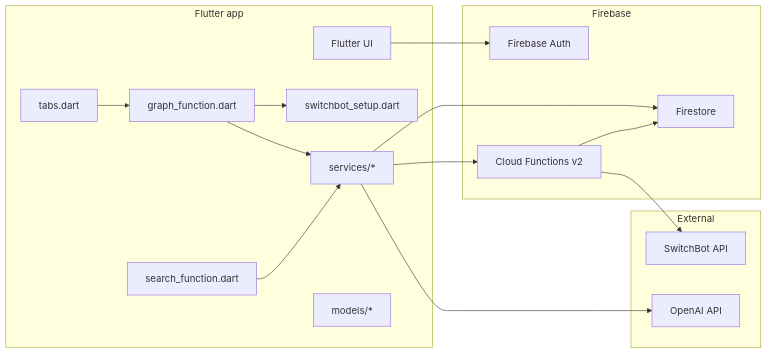
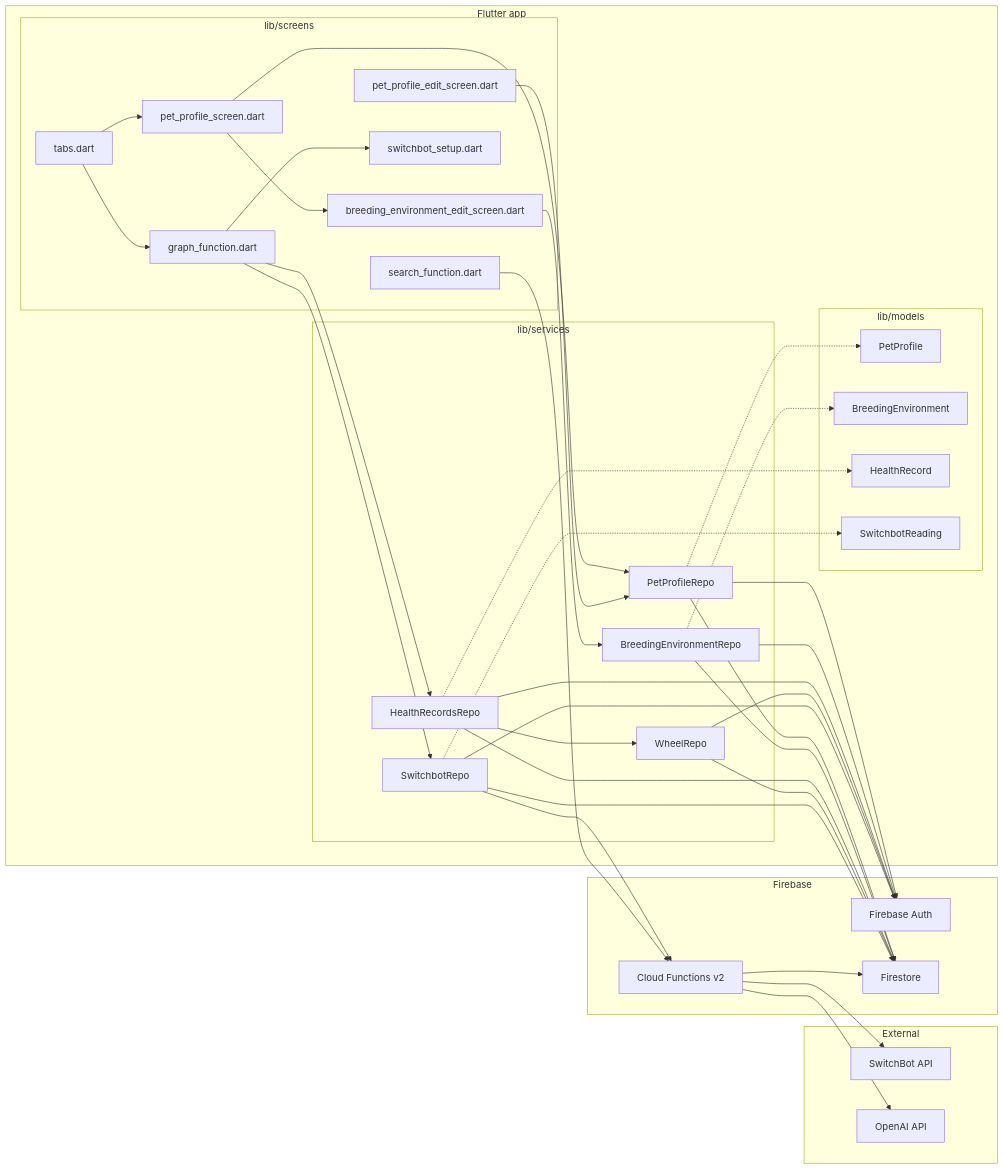
The first of 2 diagrams in docs/architecture.md (gotainu/hamster-application), drawn with Mermaid before and after one commit. The commit also changed other lines of this file and 8 other files, not shown here.

````diff
--- a/docs/architecture.md
+++ b/docs/architecture.md
@@ -29,35 +29,82 @@
 ```mermaid
 flowchart LR
-  subgraph Flutter[Flutter app]
-    App[Flutter UI]
-    Tabs[tabs.dart]
-    Graph[graph_function.dart]
-    SwitchSetup[switchbot_setup.dart]
-    RAG[search_function.dart]
-    Svc[services/*]
-    Model[models/*]
+  %% ===== Flutter =====
+  subgraph App[Flutter app]
+    subgraph Screens[lib/screens]
+      Tabs[tabs.dart]
+      PetScreen[pet_profile_screen.dart]
+      PetEdit[pet_profile_edit_screen.dart]
+      BreedEdit[breeding_environment_edit_screen.dart]
+      Graph[graph_function.dart]
+      SwitchSetup[switchbot_setup.dart]
+      Search[search_function.dart]
+    end
+
+    subgraph Services[lib/services]
+      PetRepo[PetProfileRepo]
+      BreedRepo[BreedingEnvironmentRepo]
+      HealthRepo[HealthRecordsRepo]
+      WheelRepo[WheelRepo]
+      SBRepo[SwitchbotRepo]
+    end
+
+    subgraph Models[lib/models]
+      PetModel[PetProfile]
+      BreedModel[BreedingEnvironment]
+      HealthModel[HealthRecord]
+      SBModel[SwitchbotReading]
+    end
   end
 
+  %% ===== Firebase / External =====
   subgraph Firebase[Firebase]
     Auth[Firebase Auth]
     FS[Firestore]
     CF[Cloud Functions v2]
   end
 
   subgraph External[External]
     SB[SwitchBot API]
     OAI[OpenAI API]
   end
 
+  %% ===== Screen -> Repo =====
+  Tabs --> PetScreen
   Tabs --> Graph
+
+  PetScreen --> PetRepo
+  PetScreen --> BreedEdit
+  PetEdit --> PetRepo
+  BreedEdit --> BreedRepo
+
+  Graph --> HealthRepo
+  HealthRepo --> WheelRepo
+  Graph --> SBRepo
   Graph --> SwitchSetup
-  Graph --> Svc
-  RAG --> Svc
-  App --> Auth
 
-  Svc --> FS
-  Svc --> CF
+  Search --> CF
+
+  %% ===== Repo -> Firebase =====
+  PetRepo --> FS
+  BreedRepo --> FS
+  HealthRepo --> FS
+  WheelRepo --> FS
+  SBRepo --> FS
+
+  PetRepo --> Auth
+  BreedRepo --> Auth
+  HealthRepo --> Auth
+  WheelRepo --> Auth
+  SBRepo --> Auth
+
+  SBRepo --> CF
   CF --> FS
   CF --> SB
-  Svc --> OAI
+  CF --> OAI
+
+  %% ===== Repo uses Model (dotted) =====
+  PetRepo -.-> PetModel
+  BreedRepo -.-> BreedModel
+  HealthRepo -.-> HealthModel
+  SBRepo -.-> SBModel
 ```
````
